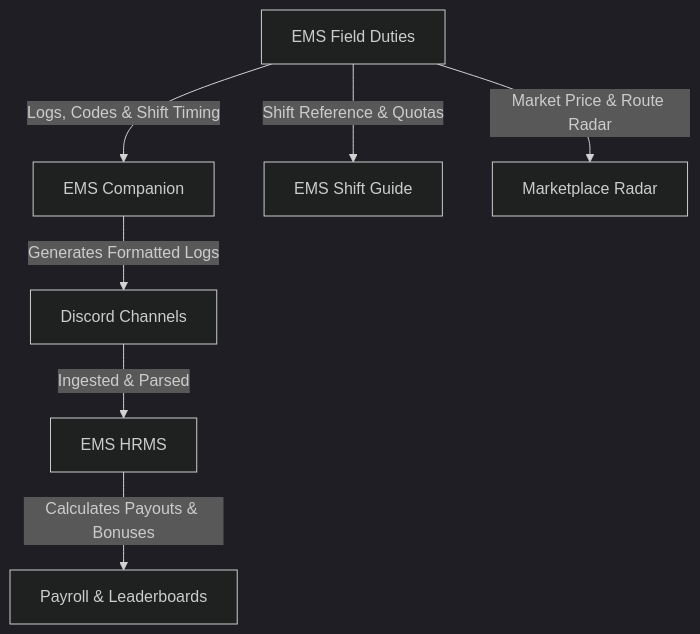
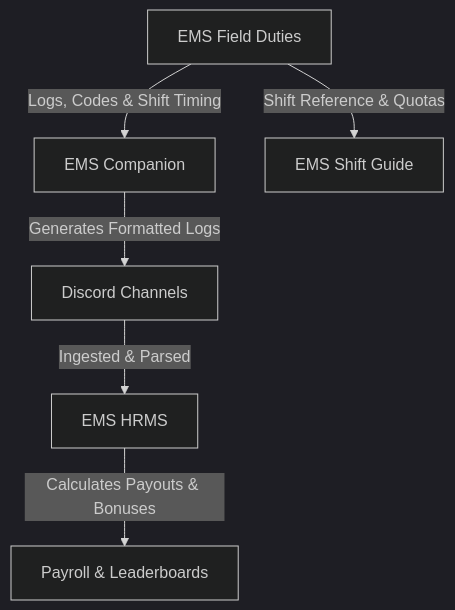
The first of 2 diagrams in README.md (wwwshivu4u/GTA-5-GRP-EMS-Apps), drawn with Mermaid (dark theme) before and after one commit.

````diff
--- a/README.md
+++ b/README.md
@@ -16,9 +16,8 @@
 ```mermaid
 graph TD;
     Field[EMS Field Duties] -->|Logs, Codes & Shift Timing| Companion[EMS Companion]
     Field -->|Shift Reference & Quotas| ShiftGuide[EMS Shift Guide]
     Companion -->|Generates Formatted Logs| Discord[Discord Channels]
     Discord -->|Ingested & Parsed| HRMS[EMS HRMS]
     HRMS -->|Calculates Payouts & Bonuses| Leaderboard[Payroll & Leaderboards]
-    Field -->|Market Price & Route Radar| Marketplace[Marketplace Radar]
 ```
````
